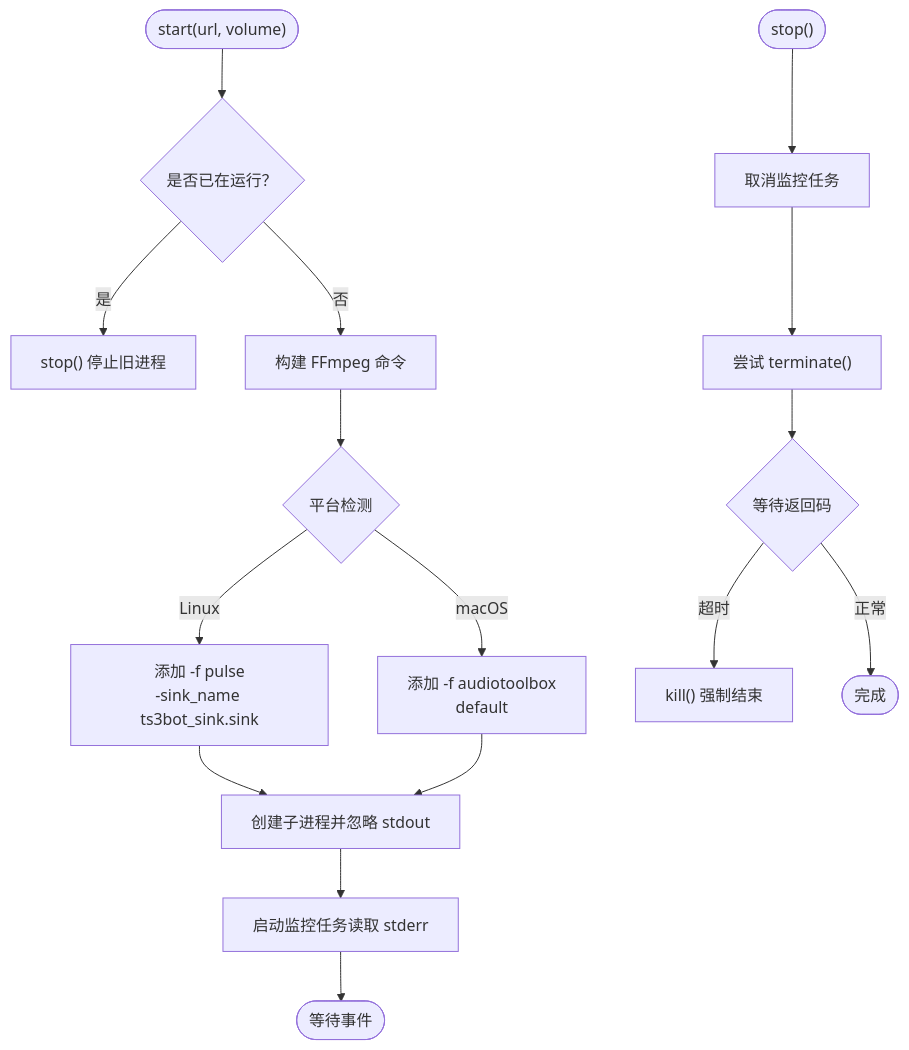
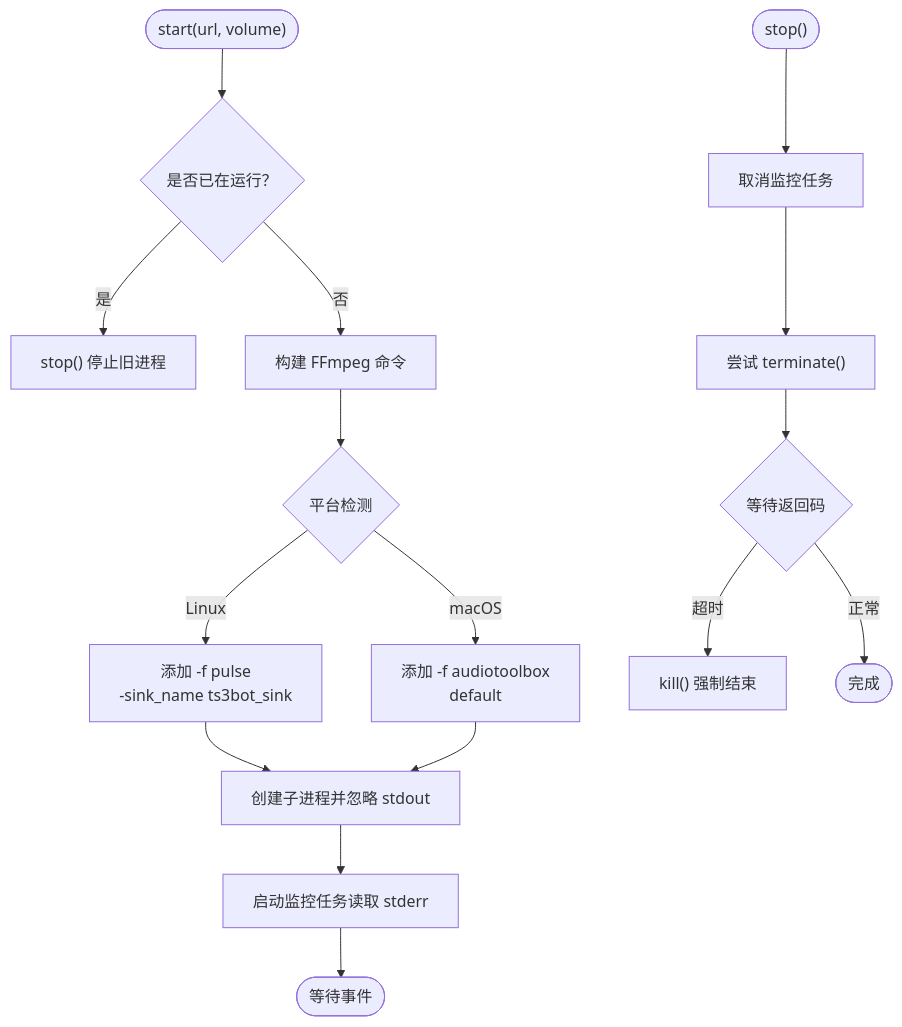
The fourth of 8 diagrams in .qoder/repowiki/zh/content/音乐播放系统/音频控制器.md (GhoulOwl/Teamspeak3_Bot), drawn with Mermaid before and after one commit. The commit also changed other lines of this file and 6 other files, not shown here.

````diff
--- a/.qoder/repowiki/zh/content/音乐播放系统/音频控制器.md
+++ b/.qoder/repowiki/zh/content/音乐播放系统/音频控制器.md
@@ -197,18 +204,18 @@
 ```mermaid
 flowchart TD
 Start(["start(url, volume)"]) --> CheckRunning{"是否已在运行？"}
 CheckRunning --> |是| StopPrev["stop() 停止旧进程"]
 CheckRunning --> |否| BuildCmd["构建 FFmpeg 命令"]
 BuildCmd --> Platform{"平台检测"}
-Platform --> |Linux| LinuxCmd["添加 -f pulse<br/>-sink_name ts3bot_sink.sink"]
+Platform --> |Linux| LinuxCmd["添加 -f pulse<br/>-sink_name ts3bot_sink"]
 Platform --> |macOS| MacCmd["添加 -f audiotoolbox<br/>default"]
 LinuxCmd --> Spawn["创建子进程并忽略 stdout"]
 MacCmd --> Spawn
 Spawn --> Monitor["启动监控任务读取 stderr"]
 Monitor --> End(["等待事件"])
 Stop(["stop()"]) --> CancelTask["取消监控任务"]
 CancelTask --> Terminate["尝试 terminate()"]
 Terminate --> Wait{"等待返回码"}
 Wait --> |超时| Kill["kill() 强制结束"]
 Wait --> |正常| Done(["完成"])
 ```
````
